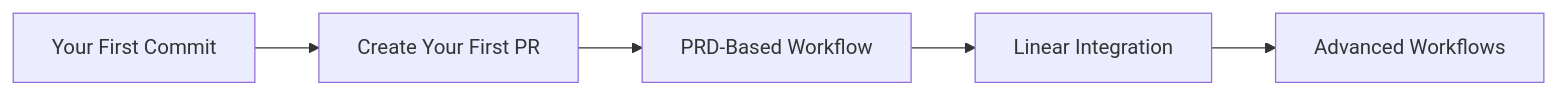
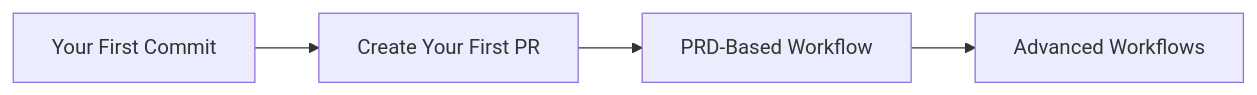
The first of 3 diagrams in docs/guides/index.md (talent-factory/claude-plugins), drawn with Mermaid before and after one commit. The commit also changed other lines of this file and 53 other files, not shown here.

````diff
--- a/docs/guides/index.md
+++ b/docs/guides/index.md
@@ -109,7 +97,6 @@
 ```mermaid
 graph LR
     A[Your First Commit] --> B[Create Your First PR]
     B --> C[PRD-Based Workflow]
-    C --> D[Linear Integration]
-    D --> E[Advanced Workflows]
+    C --> E[Advanced Workflows]
 ```
````
